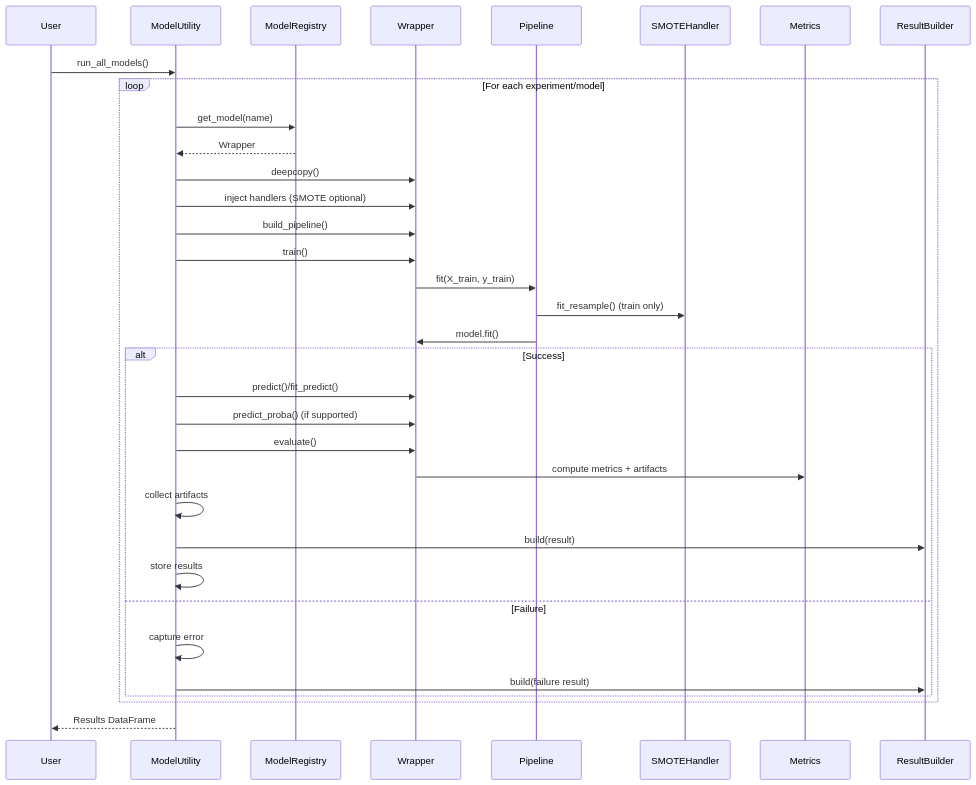
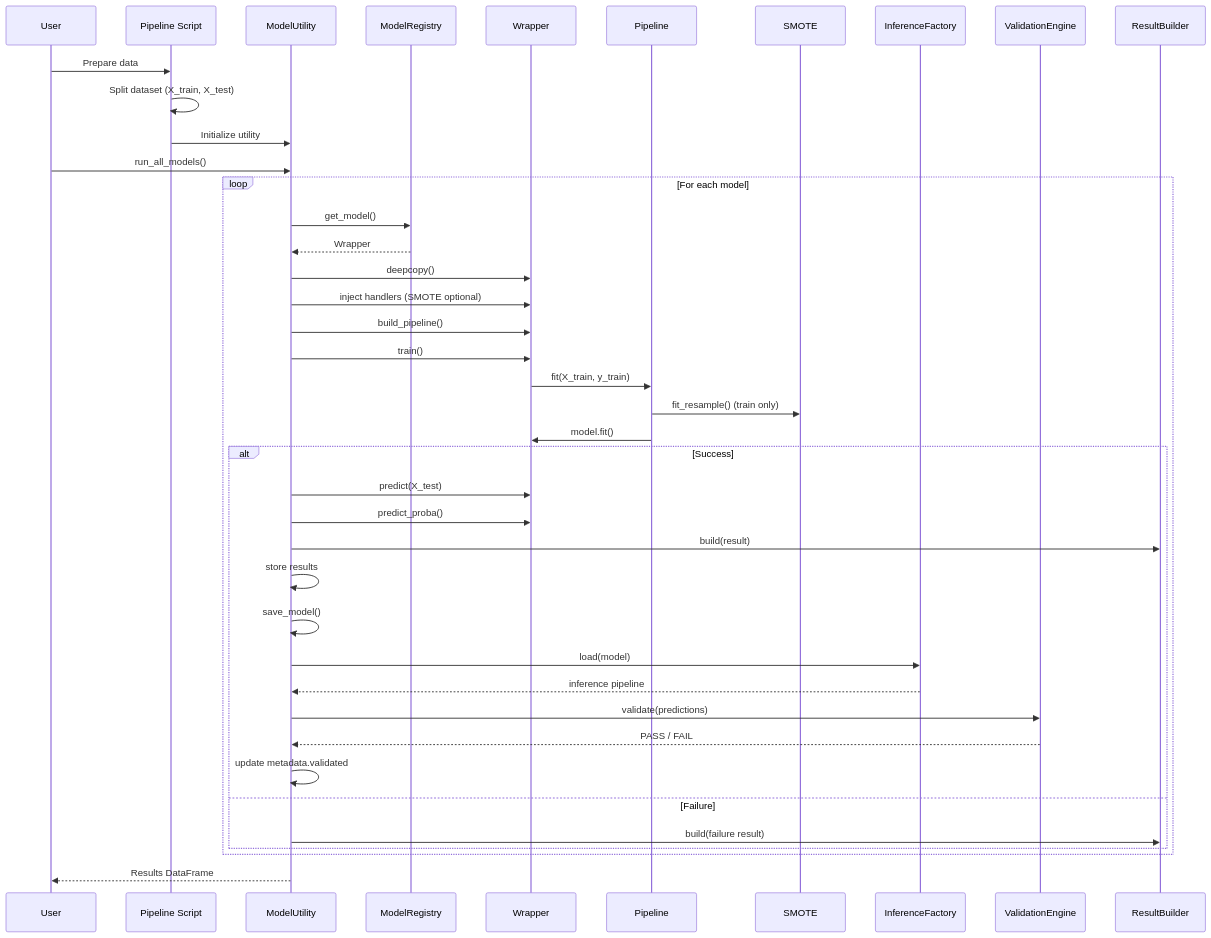
Before and after one commit to abhinavssingh/python-learnings: the third of 7 diagrams in lib/utility/machinelearning/README.md, drawn with Mermaid. The commit also changed other lines of this file and 23 other files, not shown here.

Commit message:
refactoring pipeline script for inferencing

````diff
--- a/lib/utility/machinelearning/README.md
+++ b/lib/utility/machinelearning/README.md
@@ -101,48 +120,60 @@
 ```mermaid
 sequenceDiagram
+
     participant U as User
+    participant PS as Pipeline Script
     participant MU as ModelUtility
     participant MR as ModelRegistry
     participant W as Wrapper
     participant P as Pipeline
-    participant SM as SMOTEHandler
-    participant MET as Metrics
+    participant SM as SMOTE
+    participant INF as InferenceFactory
+    participant VAL as ValidationEngine
     participant RB as ResultBuilder
+
+    U->>PS: Prepare data
+    PS->>PS: Split dataset (X_train, X_test)
+
+    PS->>MU: Initialize utility
 
     U->>MU: run_all_models()
 
-    loop For each experiment/model
-        MU->>MR: get_model(name)
+    loop For each model
+        MU->>MR: get_model()
         MR-->>MU: Wrapper
 
         MU->>W: deepcopy()
         MU->>W: inject handlers (SMOTE optional)
         MU->>W: build_pipeline()
 
         MU->>W: train()
         W->>P: fit(X_train, y_train)
 
         P->>SM: fit_resample() (train only)
-
         P->>W: model.fit()
 
         alt Success
-            MU->>W: predict()/fit_predict()
-            MU->>W: predict_proba() (if supported)
-
-            MU->>W: evaluate()
-            W->>MET: compute metrics + artifacts
-
-            MU->>MU: collect artifacts
+            MU->>W: predict(X_test)
+            MU->>W: predict_proba()
 
             MU->>RB: build(result)
             MU->>MU: store results
 
+            MU->>MU: save_model()
+
+            MU->>INF: load(model)
+            INF-->>MU: inference pipeline
+
+            MU->>VAL: validate(predictions)
+
+            VAL-->>MU: PASS / FAIL
+
+            MU->>MU: update metadata.validated
+
         else Failure
-            MU->>MU: capture error
             MU->>RB: build(failure result)
         end
     end
 
     MU-->>U: Results DataFrame
 ```
````
